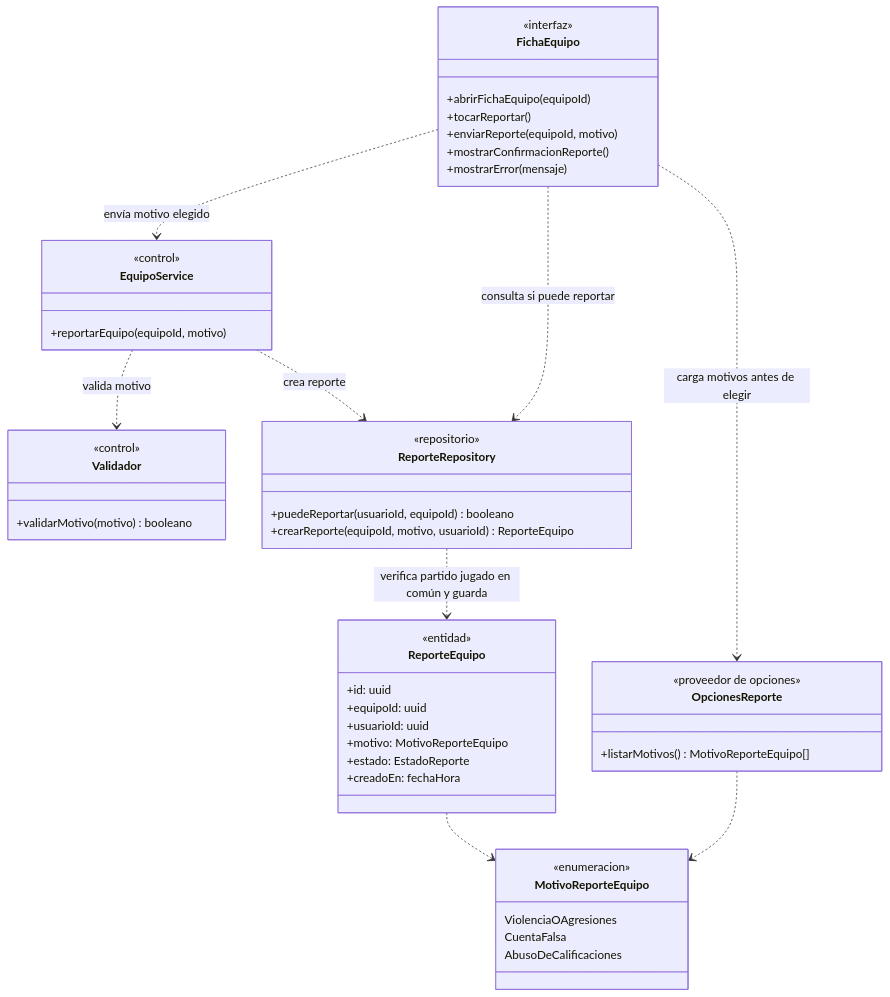
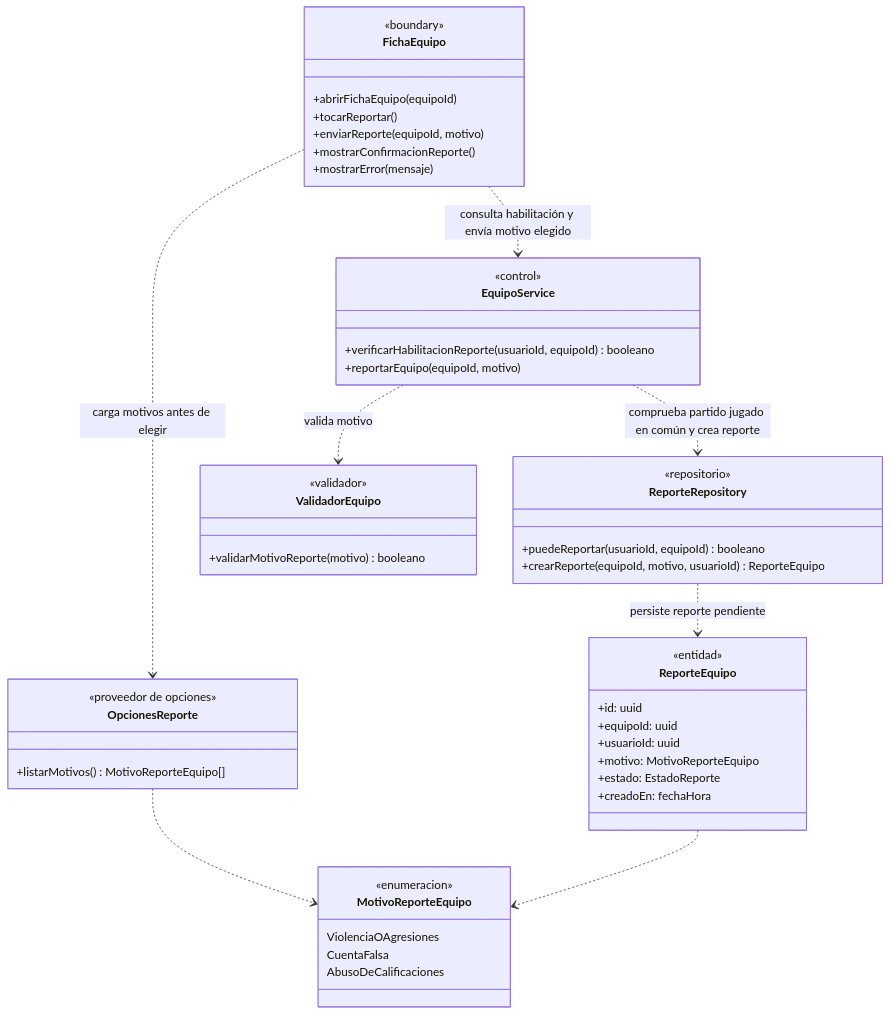
One commit to nicqletal/torneos-scraper changed diagram 11 of 11 in docs/diagramas-de-clase/equipos.md. Above: the diagram before and after it, drawn with Mermaid. The commit also changed other lines of this file and 12 other files, not shown here.

Commit message:
Correcion Diagramas de Clase

````diff
--- a/docs/diagramas-de-clase/equipos.md
+++ b/docs/diagramas-de-clase/equipos.md
@@ -818,52 +670,52 @@
 ```mermaid
 classDiagram
 direction TB
 class FichaEquipo {
-  <<interfaz>>
+  <<boundary>>
   +abrirFichaEquipo(equipoId)
   +tocarReportar()
   +enviarReporte(equipoId, motivo)
   +mostrarConfirmacionReporte()
   +mostrarError(mensaje)
 }
 class OpcionesReporte {
   <<proveedor de opciones>>
   +listarMotivos() MotivoReporteEquipo[]
 }
 class EquipoService {
   <<control>>
+  +verificarHabilitacionReporte(usuarioId, equipoId) booleano
   +reportarEquipo(equipoId, motivo)
 }
-class Validador {
-  <<control>>
-  +validarMotivo(motivo) booleano
+class ValidadorEquipo {
+  <<validador>>
+  +validarMotivoReporte(motivo) booleano
 }
 class ReporteRepository {
   <<repositorio>>
   +puedeReportar(usuarioId, equipoId) booleano
   +crearReporte(equipoId, motivo, usuarioId) ReporteEquipo
 }
 class ReporteEquipo {
   <<entidad>>
   +id: uuid
   +equipoId: uuid
   +usuarioId: uuid
   +motivo: MotivoReporteEquipo
   +estado: EstadoReporte
   +creadoEn: fechaHora
 }
 class MotivoReporteEquipo {
   <<enumeracion>>
   ViolenciaOAgresiones
   CuentaFalsa
   AbusoDeCalificaciones
 }
-FichaEquipo ..> ReporteRepository : consulta si puede reportar
 FichaEquipo ..> OpcionesReporte : carga motivos antes de elegir
-FichaEquipo ..> EquipoService : envía motivo elegido
-EquipoService ..> Validador : valida motivo
-EquipoService ..> ReporteRepository : crea reporte
-ReporteRepository ..> ReporteEquipo : verifica partido jugado en común y guarda
+FichaEquipo ..> EquipoService : consulta habilitación y envía motivo elegido
+EquipoService ..> ValidadorEquipo : valida motivo
+EquipoService ..> ReporteRepository : comprueba partido jugado en común y crea reporte
+ReporteRepository ..> ReporteEquipo : persiste reporte pendiente
 OpcionesReporte ..> MotivoReporteEquipo
 ReporteEquipo ..> MotivoReporteEquipo
 ```
````
